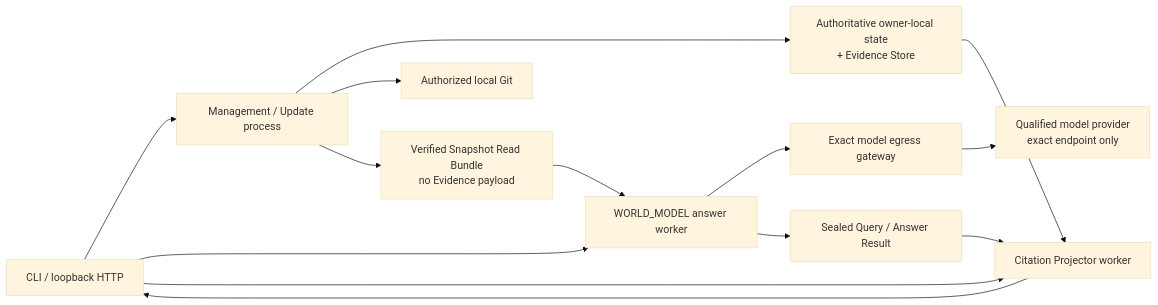
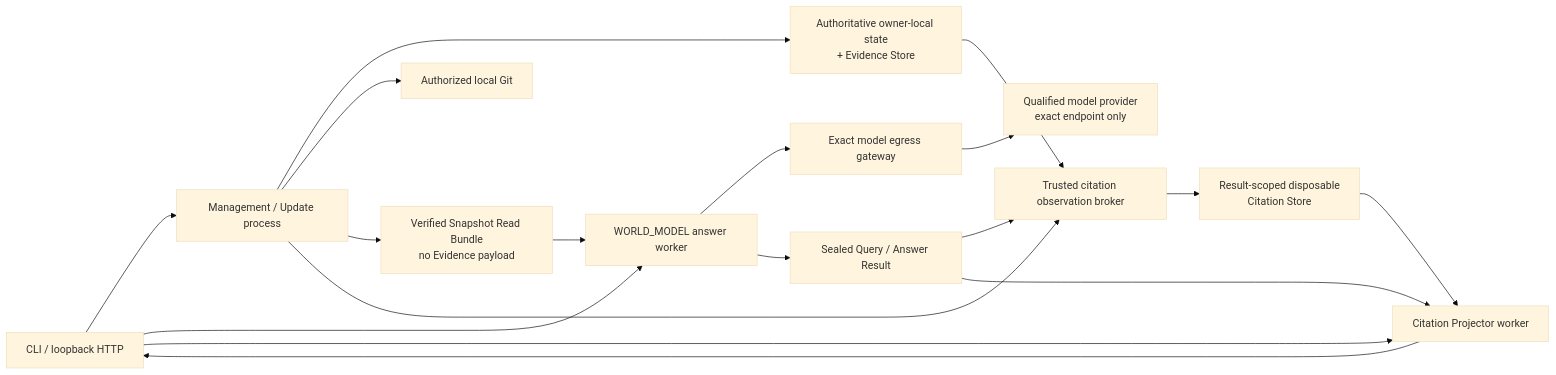
Before and after one commit to baitianxia/software-world-model: the diagram in docs/system/architecture/deployment.md, drawn with Mermaid (base theme). The commit also changed other lines of this file and 41 other files, not shown here.

````diff
--- a/docs/system/architecture/deployment.md
+++ b/docs/system/architecture/deployment.md
@@ -16,16 +16,20 @@
 ```mermaid
 flowchart LR
     B["CLI / loopback HTTP"] --> P["Management / Update process"]
     P --> DB["Authoritative owner-local state<br/>+ Evidence Store"]
     P --> GIT["Authorized local Git"]
     P --> RB["Verified Snapshot Read Bundle<br/>no Evidence payload"]
     B --> Q["WORLD_MODEL answer worker"]
     RB --> Q
     Q --> MG["Exact model egress gateway"]
     MG --> AI["Qualified model provider<br/>exact endpoint only"]
     Q --> SR["Sealed Query / Answer Result"]
+    P --> CB["Trusted citation observation broker"]
+    DB --> CB
+    SR --> CB
+    CB --> CS["Result-scoped disposable<br/>Citation Store"]
     B --> CP["Citation Projector worker"]
     SR --> CP
-    DB --> CP
+    CS --> CP
     CP --> B
 ```
````
